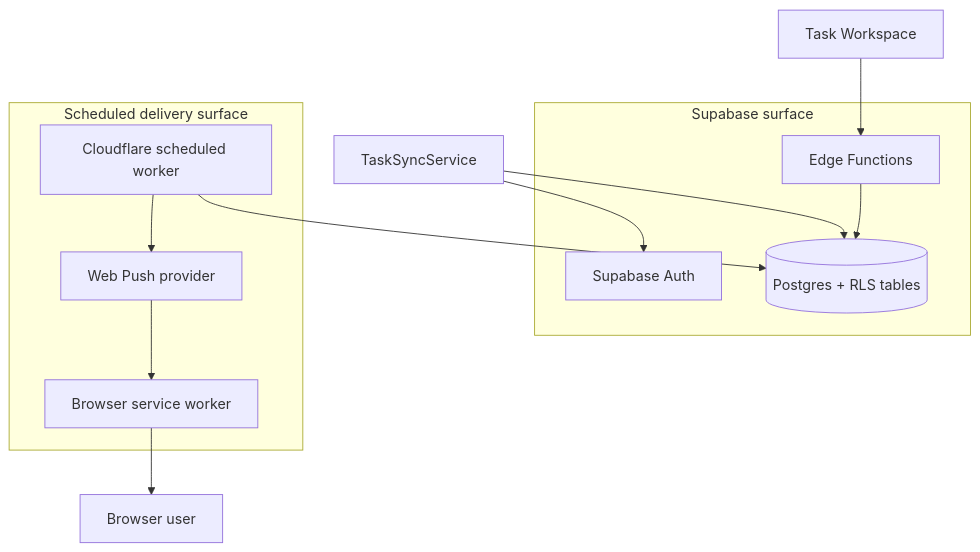
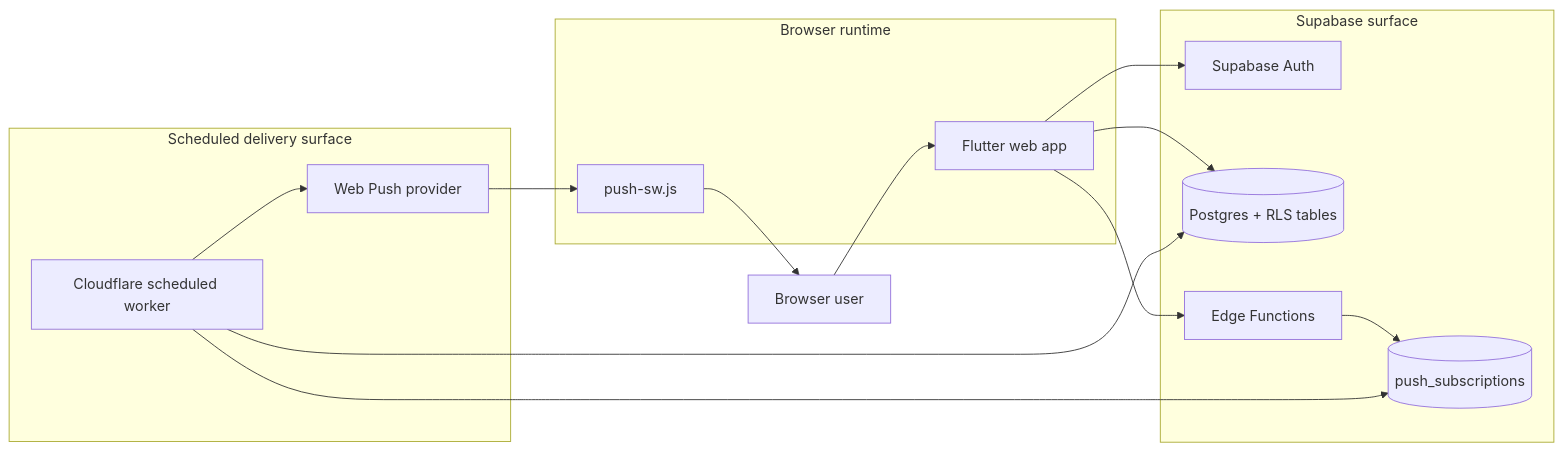
Before and after one commit to eliasfeijo/saas-reliability-lab: the second of 3 diagrams in docs/README.md, drawn with Mermaid. The commit also changed other lines of this file and 1 other file, not shown here.

First line of the commit message:
docs(docs): split architecture views

````diff
--- a/docs/README.md
+++ b/docs/README.md
@@ -131,23 +87,32 @@
 ```mermaid
-flowchart TD
+flowchart LR
+    User["Browser user"]
+
+    subgraph Browser["Browser runtime"]
+        App["Flutter web app"]
+        PushSW["push-sw.js"]
+    end
+
     subgraph Cloud["Supabase surface"]
         Auth["Supabase Auth"]
         DB[("Postgres + RLS tables")]
         Edge["Edge Functions"]
+        Subs[("push_subscriptions")]
     end
 
     subgraph Delivery["Scheduled delivery surface"]
         Worker["Cloudflare scheduled worker"]
         Push["Web Push provider"]
-        PushSW["Browser service worker"]
     end
 
-    Sync["TaskSyncService"] --> Auth
-    Sync --> DB
-    Workspace["Task Workspace"] --> Edge
-    Edge --> DB
+    User --> App
+    App --> Auth
+    App --> DB
+    App --> Edge
+    Edge --> Subs
     Worker --> DB
+    Worker --> Subs
     Worker --> Push
     Push --> PushSW
-    PushSW --> User["Browser user"]
+    PushSW --> User
 ```
````
